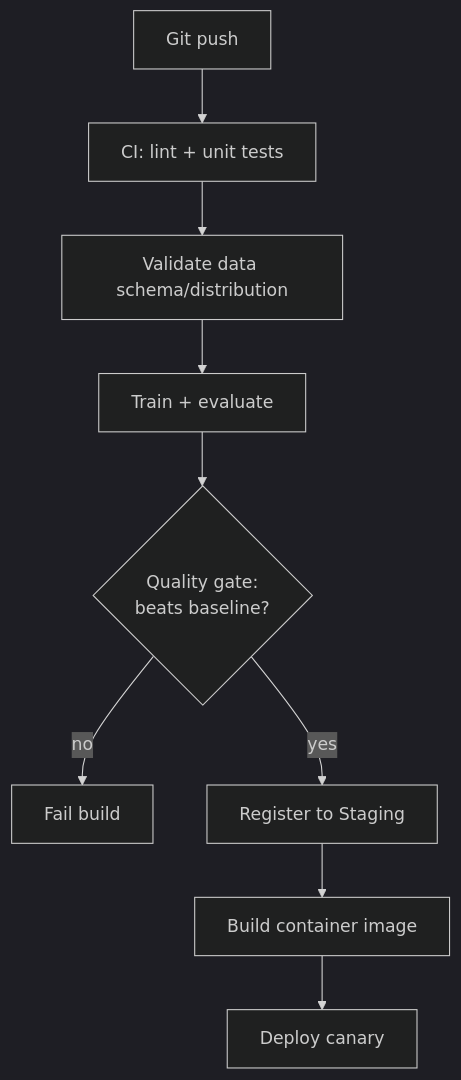
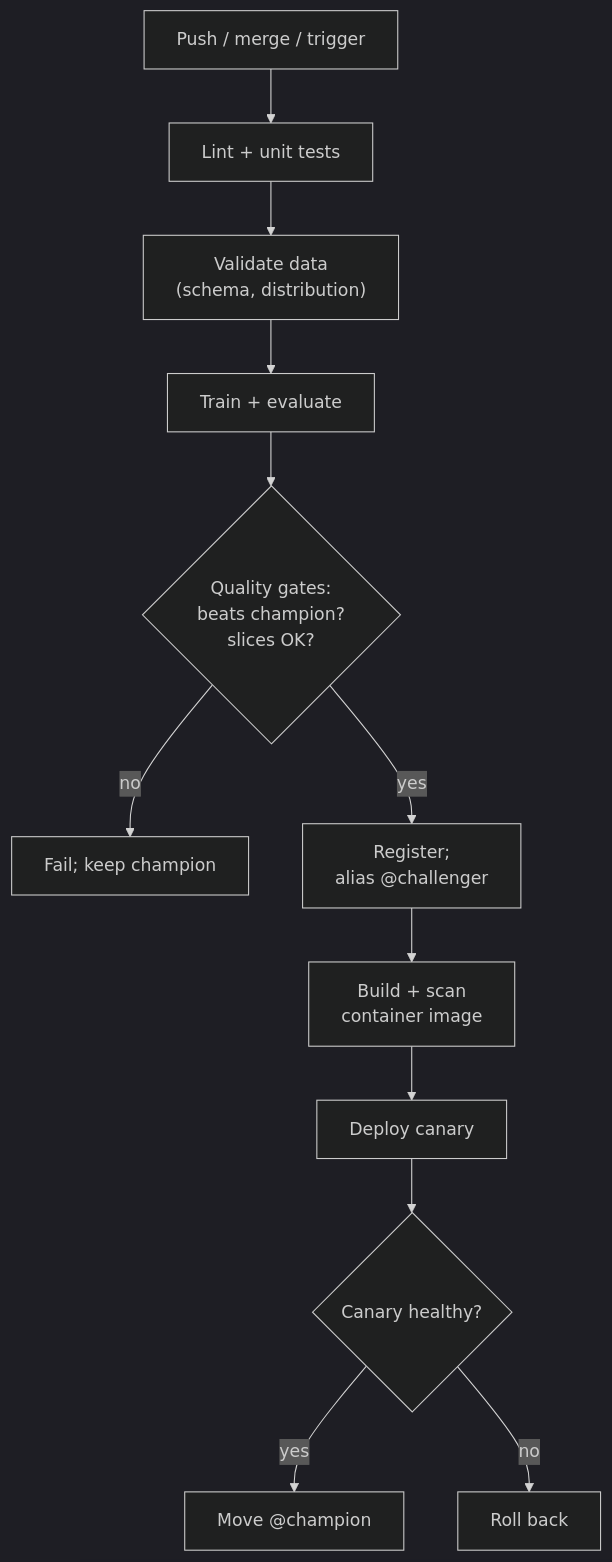
The fourth of 7 diagrams in github-pages/docs/ai-ml/mlops-production.md (AndrewAltimit/Documentation), drawn with Mermaid (dark theme) before and after one commit. The commit also changed other lines of this file and 240 other files, not shown here.

````diff
--- a/github-pages/docs/ai-ml/mlops-production.md
+++ b/github-pages/docs/ai-ml/mlops-production.md
@@ -229,11 +236,14 @@
 ```mermaid
 flowchart TD
-    Commit[Git push] --> CI[CI: lint + unit tests]
-    CI --> DataVal[Validate data schema/distribution]
-    DataVal --> TrainStep[Train + evaluate]
-    TrainStep --> Gate{Quality gate:<br/>beats baseline?}
-    Gate -->|no| Fail[Fail build]
-    Gate -->|yes| RegStep[Register to Staging]
-    RegStep --> Pkg[Build container image]
-    Pkg --> Deploy[Deploy canary]
+    Commit["Push / merge / trigger"] --> CI["Lint + unit tests"]
+    CI --> DV["Validate data<br/>(schema, distribution)"]
+    DV --> Tr["Train + evaluate"]
+    Tr --> Gate{"Quality gates:<br/>beats champion?<br/>slices OK?"}
+    Gate -->|"no"| Fail["Fail; keep champion"]
+    Gate -->|"yes"| Reg["Register;<br/>alias @challenger"]
+    Reg --> Pkg["Build + scan<br/>container image"]
+    Pkg --> Can["Deploy canary"]
+    Can --> Prom{"Canary healthy?"}
+    Prom -->|"yes"| Champ["Move @champion"]
+    Prom -->|"no"| Roll["Roll back"]
 ```
````
